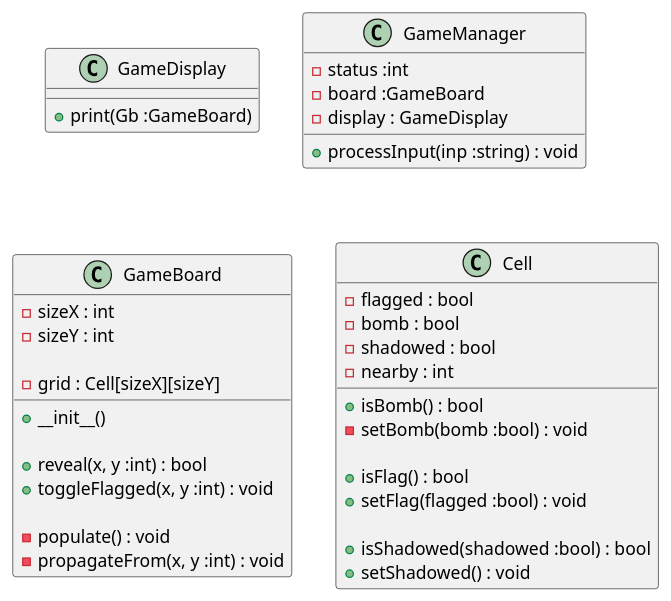
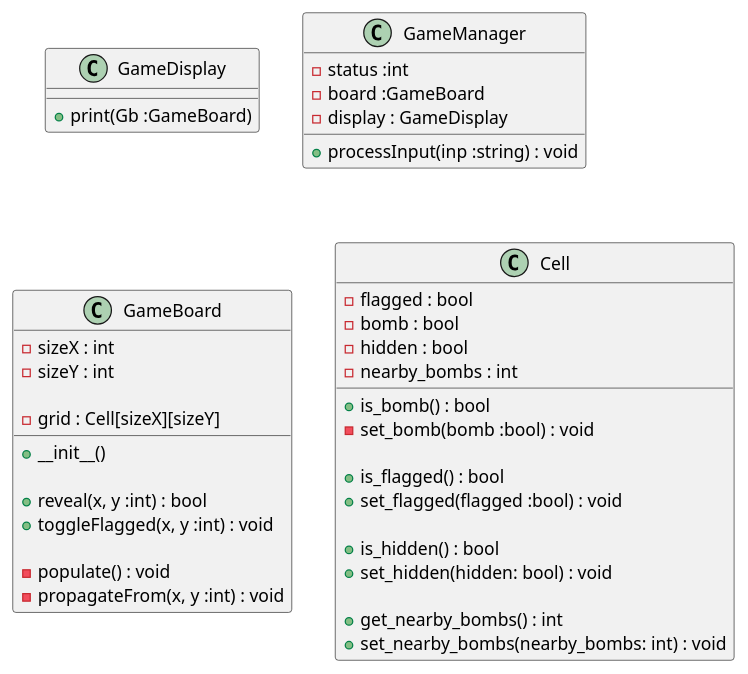
The diagram in demineur.plantuml (ifndev/demineur), drawn with PlantUML before and after one commit. The commit also changed 1 other file, not shown here.

Commit message:
Added Cell; updated UML

```diff
--- a/demineur.plantuml
+++ b/demineur.plantuml
@@ -1,48 +1,50 @@
 @startuml
 class GameDisplay {
     +print(Gb :GameBoard)
 }
 
 class GameManager {
     -status :int
     -board :GameBoard
     -display : GameDisplay
 
     +processInput(inp :string) : void
 }
 
 class GameBoard {
     -sizeX : int
     -sizeY : int
 
     -grid : Cell[sizeX][sizeY]
 
     +__init__()
 
     +reveal(x, y :int) : bool
     +toggleFlagged(x, y :int) : void
 
     -populate() : void
     -propagateFrom(x, y :int) : void
 
 }
 
 class Cell {
 
     -flagged : bool
     -bomb : bool
-    -shadowed : bool
-    -nearby : int
+    -hidden : bool
+    -nearby_bombs : int
 
-    +isBomb() : bool
-    -setBomb(bomb :bool) : void
+    +is_bomb() : bool
+    -set_bomb(bomb :bool) : void
 
-    +isFlag() : bool
-    +setFlag(flagged :bool) : void
+    +is_flagged() : bool
+    +set_flagged(flagged :bool) : void
 
-    +isShadowed(shadowed :bool) : bool
-    +setShadowed() : void
+    +is_hidden() : bool
+    +set_hidden(hidden: bool) : void
 
+    +get_nearby_bombs() : int
+    +set_nearby_bombs(nearby_bombs: int) : void
 }
 
 @enduml
```
